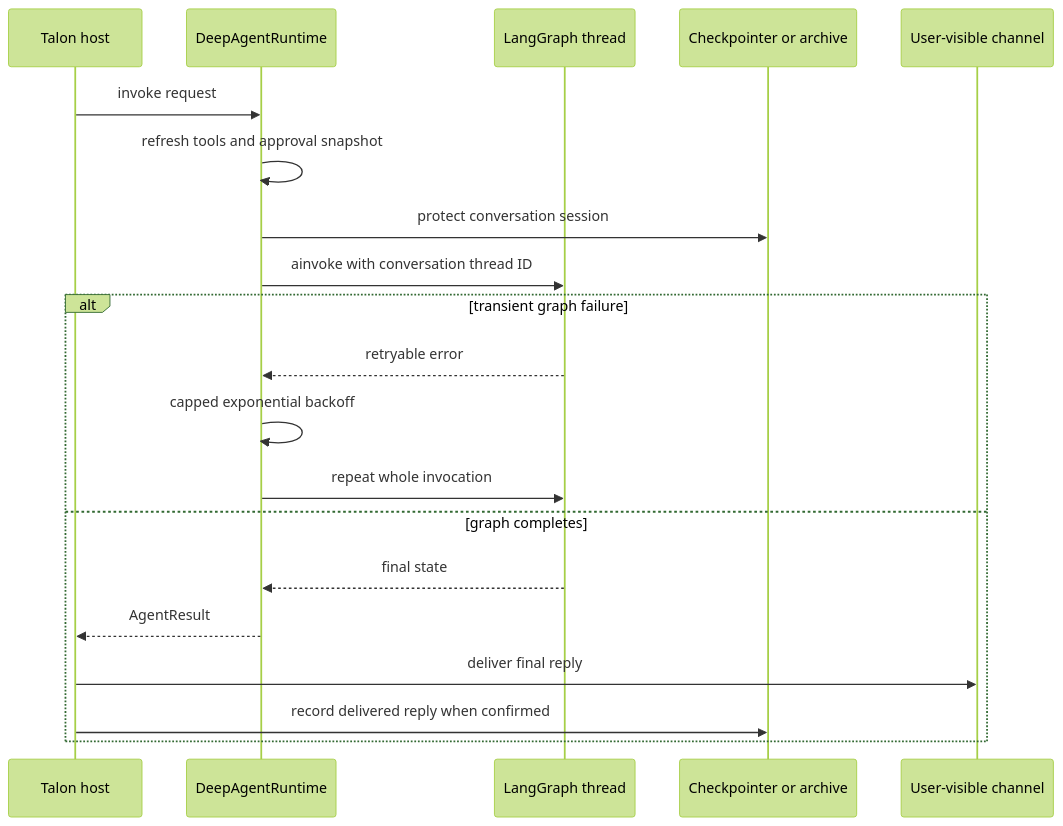
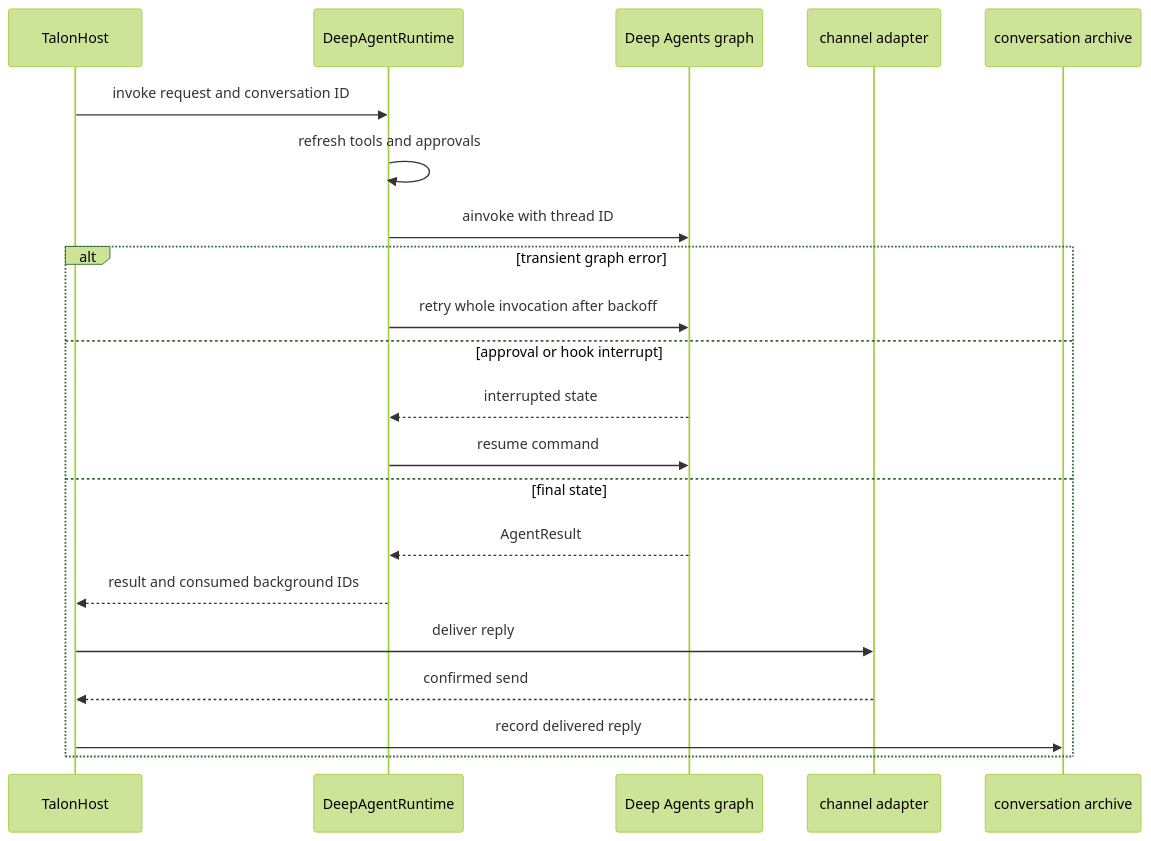
One commit to langchain-ai/deepagents changed the third of 3 diagrams in openwiki/architecture/runtime-behavior.md. Above: the diagram before and after it, drawn with Mermaid (forest theme). The commit also changed other lines of this file and 63 other files, not shown here.

````diff
--- a/openwiki/architecture/runtime-behavior.md
+++ b/openwiki/architecture/runtime-behavior.md
@@ -123,22 +119,23 @@
 ```mermaid
 sequenceDiagram
-    participant Host as Talon host
+    participant Host as TalonHost
     participant Runtime as DeepAgentRuntime
-    participant Graph as LangGraph thread
-    participant Store as Checkpointer or archive
-    participant Channel as User-visible channel
-    Host->>Runtime: invoke request
-    Runtime->>Runtime: refresh tools and approval snapshot
-    Runtime->>Store: protect conversation session
-    Runtime->>Graph: ainvoke with conversation thread ID
-    alt transient graph failure
-        Graph-->>Runtime: retryable error
-        Runtime->>Runtime: capped exponential backoff
-        Runtime->>Graph: repeat whole invocation
-    else graph completes
-        Graph-->>Runtime: final state
-        Runtime-->>Host: AgentResult
-        Host->>Channel: deliver final reply
-        Host->>Store: record delivered reply when confirmed
+    participant Graph as Deep Agents graph
+    participant Channel as channel adapter
+    participant Archive as conversation archive
+    Host->>Runtime: invoke request and conversation ID
+    Runtime->>Runtime: refresh tools and approvals
+    Runtime->>Graph: ainvoke with thread ID
+    alt transient graph error
+        Runtime->>Graph: retry whole invocation after backoff
+    else approval or hook interrupt
+        Graph-->>Runtime: interrupted state
+        Runtime->>Graph: resume command
+    else final state
+        Graph-->>Runtime: AgentResult
+        Runtime-->>Host: result and consumed background IDs
+        Host->>Channel: deliver reply
+        Channel-->>Host: confirmed send
+        Host->>Archive: record delivered reply
     end
 ```
````
